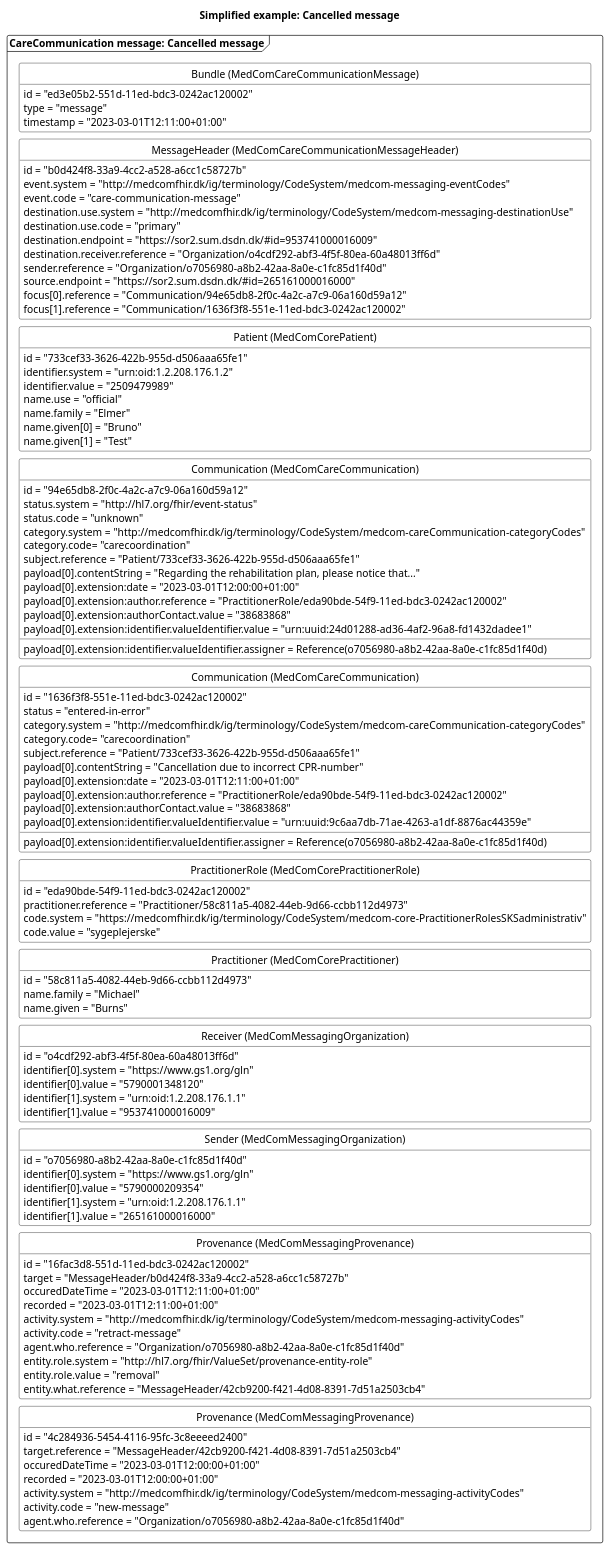
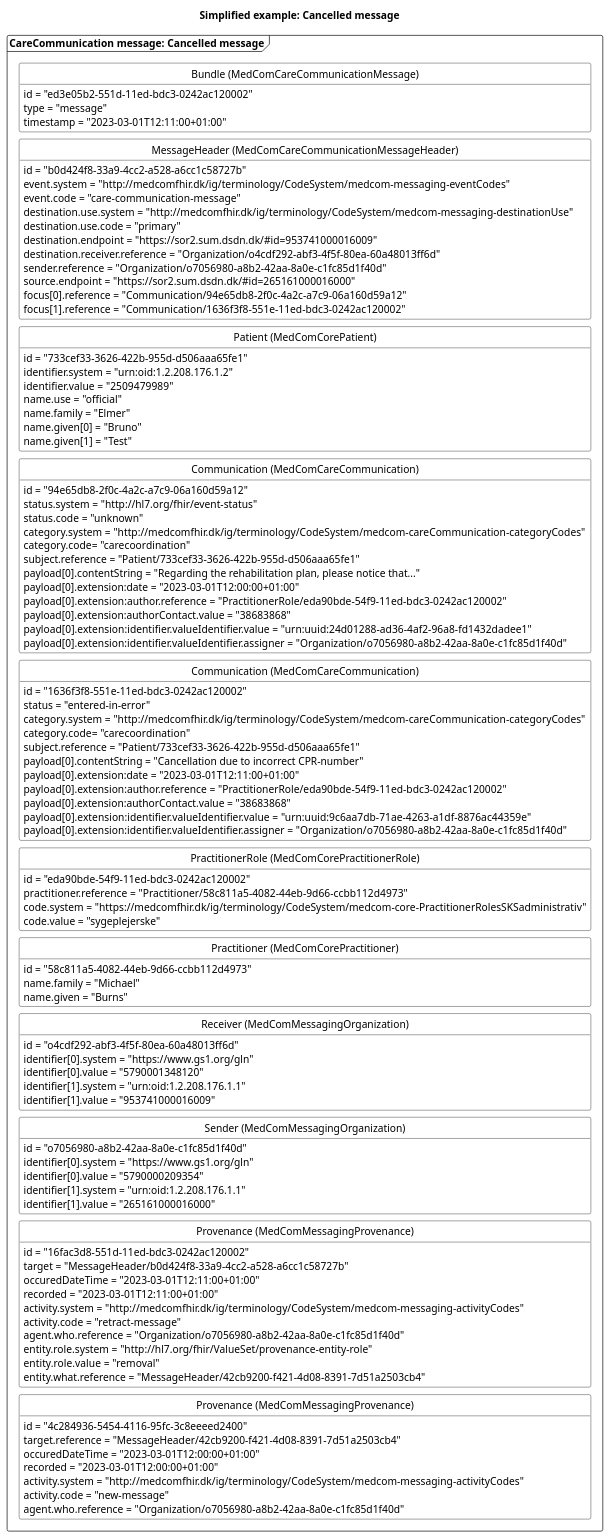
The diagram in puml/CareCommunicationNewMessageCancelled.puml (medcomdk/dk-medcom-carecommunication), drawn with PlantUML before and after one commit. The commit also changed 9 other files, not shown here.

```diff
--- a/puml/CareCommunicationNewMessageCancelled.puml
+++ b/puml/CareCommunicationNewMessageCancelled.puml
@@ -1,133 +1,133 @@
 @startuml CCcancelMessage
 
 'layout
 skinparam class {
     BackgroundColor White
     BorderColor Black
     ArrowColor Black
   }
 hide circle
 hide empty members
 skinparam SameClassWidth true
 skinparam Ranksep 10
 
 
 'title
 title Simplified example: Cancelled message
 
 'Message 1: error message
 package "CareCommunication message: Cancelled message" as error <<Frame>>{
     class "Bundle (MedComCareCommunicationMessage)" as errorB {
         id = "ed3e05b2-551d-11ed-bdc3-0242ac120002"
         type = "message"
         timestamp = "2023-03-01T12:11:00+01:00"
     }
     class "MessageHeader (MedComCareCommunicationMessageHeader)" as errorMH{
         id = "b0d424f8-33a9-4cc2-a528-a6cc1c58727b"
         event.system = "http://medcomfhir.dk/ig/terminology/CodeSystem/medcom-messaging-eventCodes"
         event.code = "care-communication-message"
         destination.use.system = "http://medcomfhir.dk/ig/terminology/CodeSystem/medcom-messaging-destinationUse"
         destination.use.code = "primary"
         destination.endpoint = "https://sor2.sum.dsdn.dk/#id=953741000016009"
         destination.receiver.reference = "Organization/o4cdf292-abf3-4f5f-80ea-60a48013ff6d"
         sender.reference = "Organization/o7056980-a8b2-42aa-8a0e-c1fc85d1f40d"
         source.endpoint = "https://sor2.sum.dsdn.dk/#id=265161000016000"
         focus[0].reference = "Communication/94e65db8-2f0c-4a2c-a7c9-06a160d59a12"
         focus[1].reference = "Communication/1636f3f8-551e-11ed-bdc3-0242ac120002"
     }
     class "Patient (MedComCorePatient)" as errorPT{
         id = "733cef33-3626-422b-955d-d506aaa65fe1"
         identifier.system = "urn:oid:1.2.208.176.1.2"
         identifier.value = "2509479989"
         name.use = "official"
         name.family = "Elmer"
         name.given[0] = "Bruno"
         name.given[1] = "Test"
     }
     class "Communication (MedComCareCommunication)" as newCom{
         id = "94e65db8-2f0c-4a2c-a7c9-06a160d59a12"
         status.system = "http://hl7.org/fhir/event-status" 
         status.code = "unknown"
         category.system = "http://medcomfhir.dk/ig/terminology/CodeSystem/medcom-careCommunication-categoryCodes"
         category.code= "carecoordination"
         subject.reference = "Patient/733cef33-3626-422b-955d-d506aaa65fe1"
         payload[0].contentString = "Regarding the rehabilitation plan, please notice that..."
         payload[0].extension:date = "2023-03-01T12:00:00+01:00"
         payload[0].extension:author.reference = "PractitionerRole/eda90bde-54f9-11ed-bdc3-0242ac120002"
         payload[0].extension:authorContact.value = "38683868"
         payload[0].extension:identifier.valueIdentifier.value = "urn:uuid:24d01288-ad36-4af2-96a8-fd1432dadee1"
-        payload[0].extension:identifier.valueIdentifier.assigner = Reference(o7056980-a8b2-42aa-8a0e-c1fc85d1f40d)
+        payload[0].extension:identifier.valueIdentifier.assigner = "Organization/o7056980-a8b2-42aa-8a0e-c1fc85d1f40d"
     }
     class "Communication (MedComCareCommunication)" as errorCom{
         id = "1636f3f8-551e-11ed-bdc3-0242ac120002"
         status = "entered-in-error"
         category.system = "http://medcomfhir.dk/ig/terminology/CodeSystem/medcom-careCommunication-categoryCodes"
         category.code= "carecoordination"
         subject.reference = "Patient/733cef33-3626-422b-955d-d506aaa65fe1"
         payload[0].contentString = "Cancellation due to incorrect CPR-number"
         payload[0].extension:date = "2023-03-01T12:11:00+01:00"
         payload[0].extension:author.reference = "PractitionerRole/eda90bde-54f9-11ed-bdc3-0242ac120002"
         payload[0].extension:authorContact.value = "38683868"
         payload[0].extension:identifier.valueIdentifier.value = "urn:uuid:9c6aa7db-71ae-4263-a1df-8876ac44359e"
-        payload[0].extension:identifier.valueIdentifier.assigner = Reference(o7056980-a8b2-42aa-8a0e-c1fc85d1f40d)
+        payload[0].extension:identifier.valueIdentifier.assigner = "Organization/o7056980-a8b2-42aa-8a0e-c1fc85d1f40d"
     }
     class "PractitionerRole (MedComCorePractitionerRole)" as errorPracR{
         id = "eda90bde-54f9-11ed-bdc3-0242ac120002"
         practitioner.reference = "Practitioner/58c811a5-4082-44eb-9d66-ccbb112d4973"
         code.system = "https://medcomfhir.dk/ig/terminology/CodeSystem/medcom-core-PractitionerRolesSKSadministrativ"
         code.value = "sygeplejerske"
     }
     class "Practitioner (MedComCorePractitioner)" as errorPrac{
         id = "58c811a5-4082-44eb-9d66-ccbb112d4973"
         name.family = "Michael"
         name.given = "Burns"
     }
     class "Receiver (MedComMessagingOrganization)" as errorROrg{
         id = "o4cdf292-abf3-4f5f-80ea-60a48013ff6d"
         identifier[0].system = "https://www.gs1.org/gln"
         identifier[0].value = "5790001348120"
         identifier[1].system = "urn:oid:1.2.208.176.1.1"
         identifier[1].value = "953741000016009"
     }
     class "Sender (MedComMessagingOrganization)" as errorSOrg{
         id = "o7056980-a8b2-42aa-8a0e-c1fc85d1f40d"
         identifier[0].system = "https://www.gs1.org/gln"
         identifier[0].value = "5790000209354"
         identifier[1].system = "urn:oid:1.2.208.176.1.1"
         identifier[1].value = "265161000016000"
     }
     class "Provenance (MedComMessagingProvenance)" as errorPRO{
         id = "16fac3d8-551d-11ed-bdc3-0242ac120002"
         target = "MessageHeader/b0d424f8-33a9-4cc2-a528-a6cc1c58727b"
         occuredDateTime = "2023-03-01T12:11:00+01:00"
         recorded = "2023-03-01T12:11:00+01:00"
         activity.system = "http://medcomfhir.dk/ig/terminology/CodeSystem/medcom-messaging-activityCodes"
         activity.code = "retract-message"
         agent.who.reference = "Organization/o7056980-a8b2-42aa-8a0e-c1fc85d1f40d"
         entity.role.system = "http://hl7.org/fhir/ValueSet/provenance-entity-role"
         entity.role.value = "removal"
         entity.what.reference = "MessageHeader/42cb9200-f421-4d08-8391-7d51a2503cb4"
     }
     class "Provenance (MedComMessagingProvenance)" as newPRO{
         id = "4c284936-5454-4116-95fc-3c8eeeed2400"
         target.reference = "MessageHeader/42cb9200-f421-4d08-8391-7d51a2503cb4"
         occuredDateTime = "2023-03-01T12:00:00+01:00"
         recorded = "2023-03-01T12:00:00+01:00"
         activity.system = "http://medcomfhir.dk/ig/terminology/CodeSystem/medcom-messaging-activityCodes"
         activity.code = "new-message"
         agent.who.reference = "Organization/o7056980-a8b2-42aa-8a0e-c1fc85d1f40d"
     }
 
 errorB -[hidden]- errorMH
 errorMH -[hidden]-errorPT
 errorPT-[hidden]-newCom
 newCom -[hidden]-errorCom
 errorCom -[hidden]-errorPracR
 errorPracR-[hidden]-errorPrac
 errorPrac-[hidden]-errorROrg
 errorROrg-[hidden]- errorSOrg
 errorSOrg-[hidden]-errorPRO
 errorPRO-[hidden]-newPRO
 
 
 @enduml
```
